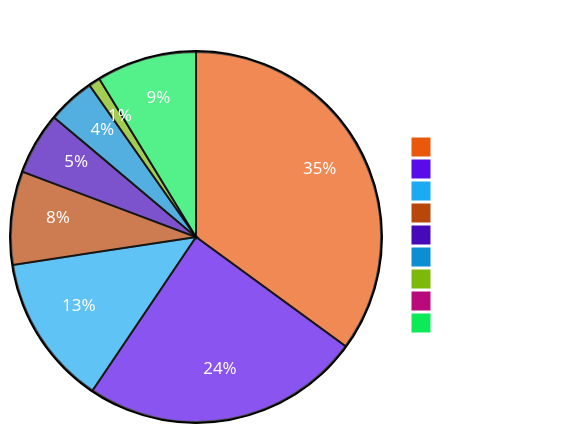
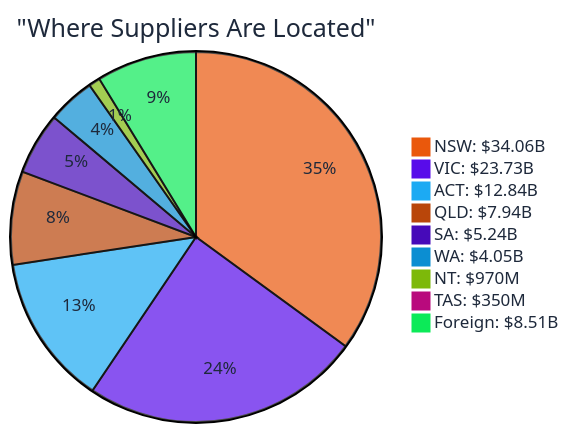
The sixth of 6 diagrams in federal-report.md (taxpayer-money/act-contracts), drawn with Mermaid before and after one commit. The commit also changed other lines of this file, not shown here.

First line of the commit message:
Fix federal report Mermaid legend colors

````diff
--- a/federal-report.md
+++ b/federal-report.md
@@ -217,13 +217,13 @@
 ```mermaid
-%%{init: {'theme':'base', 'themeVariables': { 'primaryColor':'#ea580c','primaryTextColor':'#fff'}}}%%
+%%{init: {'theme':'base', 'themeVariables': { 'primaryColor':'#ea580c','primaryTextColor':'#1e293b'}}}%%
 pie title "Where Suppliers Are Located"
     "NSW: $34.06B" : 34.9
     "VIC: $23.73B" : 24.3
     "ACT: $12.84B" : 13.1
     "QLD: $7.94B" : 8.1
     "SA: $5.24B" : 5.4
     "WA: $4.05B" : 4.1
     "NT: $970M" : 1.0
     "TAS: $350M" : 0.4
     "Foreign: $8.51B" : 8.7
 ```
````
